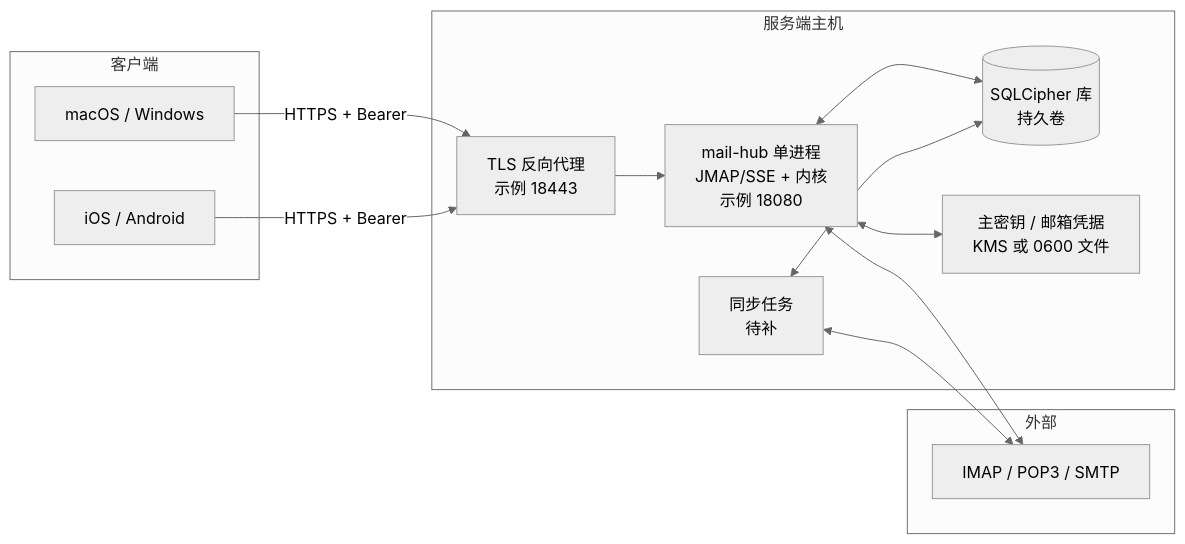
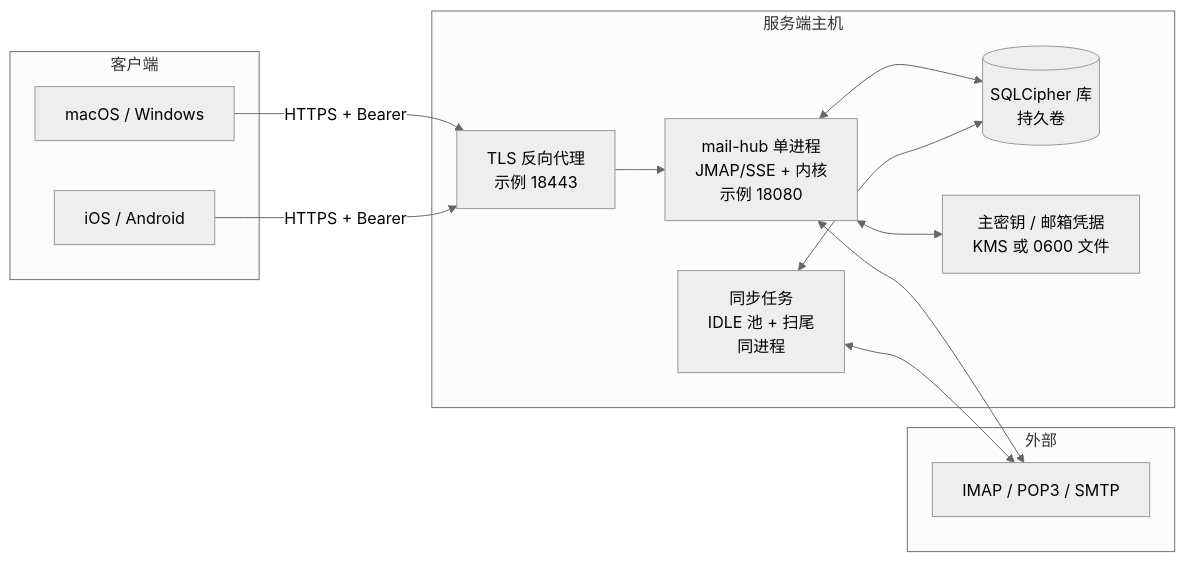
Before and after one commit to 908652987/siskin: the second of 2 diagrams in docs/ARCHITECTURE.md, drawn with Mermaid (neutral theme). The commit also changed other lines of this file and 6 other files, not shown here.

````diff
--- a/docs/ARCHITECTURE.md
+++ b/docs/ARCHITECTURE.md
@@ -112,25 +112,25 @@
 ```mermaid
 flowchart LR
   subgraph EXT[外部]
     MAIL[IMAP / POP3 / SMTP]
   end
   subgraph SRV[服务端主机]
     PROXY[TLS 反向代理<br/>示例 18443]
     HUB[mail-hub 单进程<br/>JMAP/SSE + 内核<br/>示例 18080]
-    SYNC[同步任务<br/>待补]
+    SYNC[同步任务<br/>IDLE 池 + 扫尾<br/>同进程]
     DB[(SQLCipher 库<br/>持久卷)]
     KEY[主密钥 / 邮箱凭据<br/>KMS 或 0600 文件]
   end
   subgraph CL[客户端]
     MAC[macOS / Windows]
     MOB[iOS / Android]
   end
   MAC -->|HTTPS + Bearer| PROXY
   MOB -->|HTTPS + Bearer| PROXY
   PROXY --> HUB
   HUB <--> DB
   HUB <--> KEY
   SYNC <--> DB
   HUB <--> MAIL
   SYNC <--> MAIL
 ```
````
